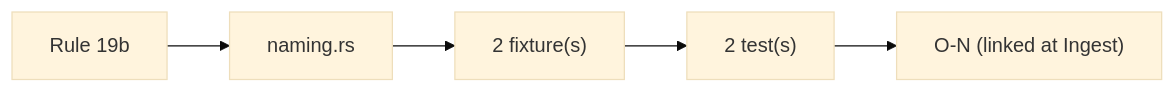
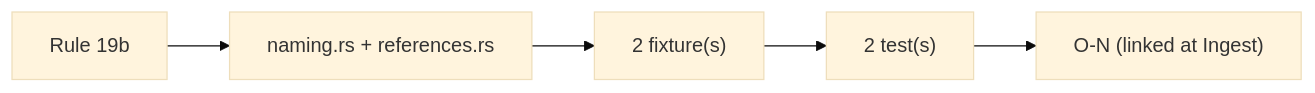
One commit to niko86/laterite changed the first of 2 diagrams in ags-wiki/rules/rule-19b-heading-prefix.md. Above: the diagram before and after it, drawn with Mermaid (base theme). The commit also changed other lines of this file and 2 other files, not shown here.

First line of the commit message:
docs: Rule 19b does consult the effective dictionary — the other half of it does (#746)

````diff
--- a/ags-wiki/rules/rule-19b-heading-prefix.md
+++ b/ags-wiki/rules/rule-19b-heading-prefix.md
@@ -40,4 +40,4 @@
 ```mermaid
 flowchart LR
-  R["Rule 19b"] --> I["naming.rs"] --> F["2 fixture(s)"] --> T["2 test(s)"] --> O["O-N (linked at Ingest)"]
+  R["Rule 19b"] --> I["naming.rs + references.rs"] --> F["2 fixture(s)"] --> T["2 test(s)"] --> O["O-N (linked at Ingest)"]
 ```
````
